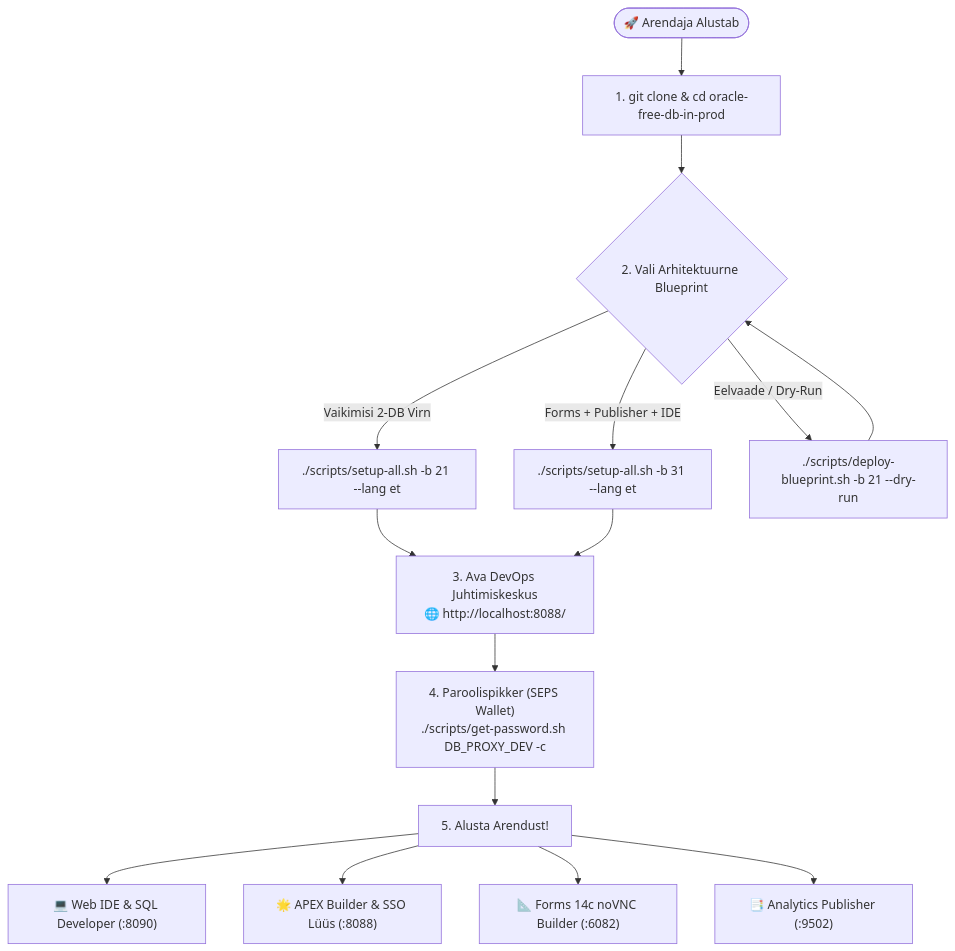
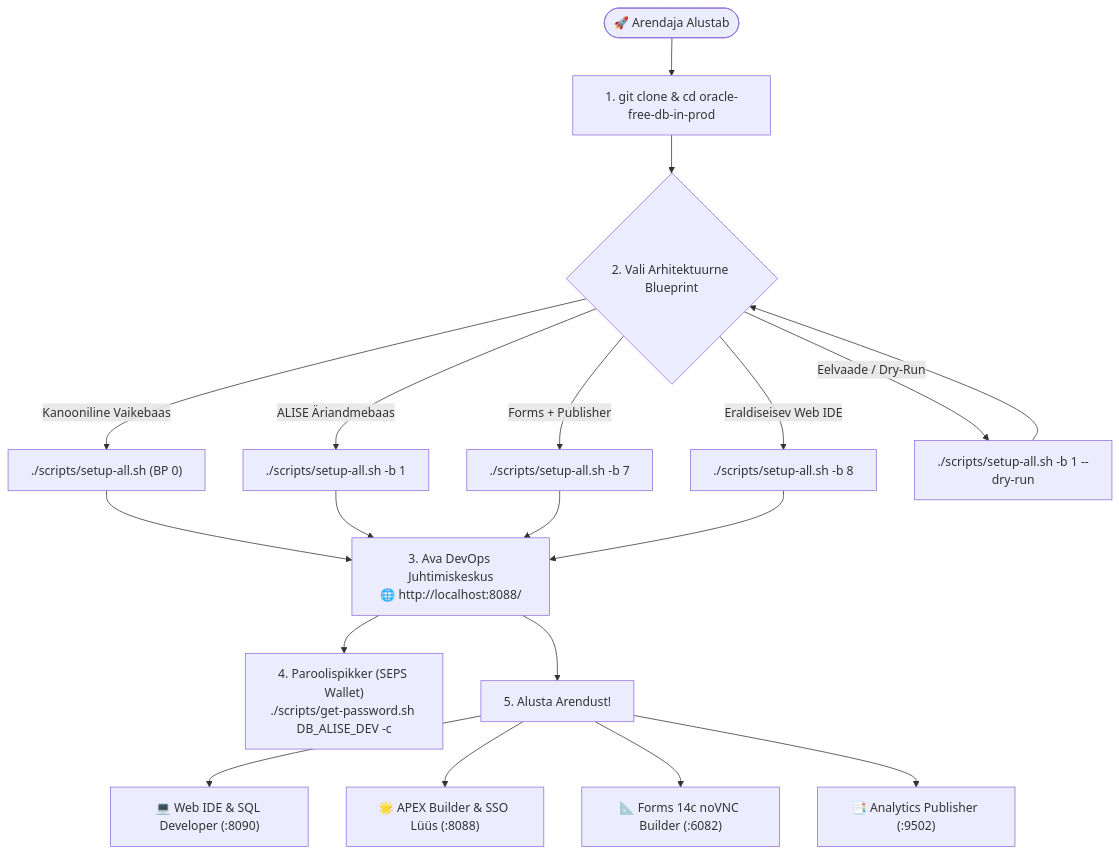
Before and after one commit to alahe/oracle-devops-platform: the first of 2 diagrams in docs/et/README.md, drawn with Mermaid. The commit also changed other lines of this file and 491 other files, not shown here.

````diff
--- a/docs/et/README.md
+++ b/docs/et/README.md
@@ -26,21 +29,25 @@
 ```mermaid
 flowchart TD
     Start(["🚀 Arendaja Alustab"]) --> Clone["1. git clone & cd oracle-free-db-in-prod"]
     Clone --> ChooseBP{"2. Vali Arhitektuurne Blueprint"}
     
-    ChooseBP -->|Vaikimisi 2-DB Virn| BP21["./scripts/setup-all.sh -b 21 --lang et"]
-    ChooseBP -->|Forms + Publisher + IDE| BP31["./scripts/setup-all.sh -b 31 --lang et"]
-    ChooseBP -->|Eelvaade / Dry-Run| BPDry["./scripts/deploy-blueprint.sh -b 21 --dry-run"]
+    ChooseBP -->|Kanooniline Vaikebaas| BP0["./scripts/setup-all.sh (BP 0)"]
+    ChooseBP -->|ALISE Äriandmebaas| BP1["./scripts/setup-all.sh -b 1"]
+    ChooseBP -->|Forms + Publisher| BP7["./scripts/setup-all.sh -b 7"]
+    ChooseBP -->|Eraldiseisev Web IDE| BP8["./scripts/setup-all.sh -b 8"]
+    ChooseBP -->|Eelvaade / Dry-Run| BPDry["./scripts/setup-all.sh -b 1 --dry-run"]
     
-    BP21 --> DevHub["3. Ava DevOps Juhtimiskeskus<br/>🌐 http://localhost:8088/"]
-    BP31 --> DevHub
+    BP0 --> DevHub["3. Ava DevOps Juhtimiskeskus<br/>🌐 http://localhost:8088/"]
+    BP1 --> DevHub
+    BP7 --> DevHub
+    BP8 --> DevHub
     BPDry --> ChooseBP
     
-    DevHub --> PwdSpikker["4. Paroolispikker (SEPS Wallet)<br/>./scripts/get-password.sh DB_PROXY_DEV -c"]
+    DevHub --> PwdSpikker["4. Paroolispikker (SEPS Wallet)<br/>./scripts/get-password.sh DB_ALISE_DEV -c"]
     
-    PwdSpikker --> DevWork["5. Alusta Arendust!"]
+    DevHub --> DevWork["5. Alusta Arendust!"]
     DevWork --> WorkIDE["💻 Web IDE & SQL Developer (:8090)"]
     DevWork --> WorkAPEX["🌟 APEX Builder & SSO Lüüs (:8088)"]
     DevWork --> WorkForms["📐 Forms 14c noVNC Builder (:6082)"]
     DevWork --> WorkPub["📑 Analytics Publisher (:9502)"]
 ```
````
